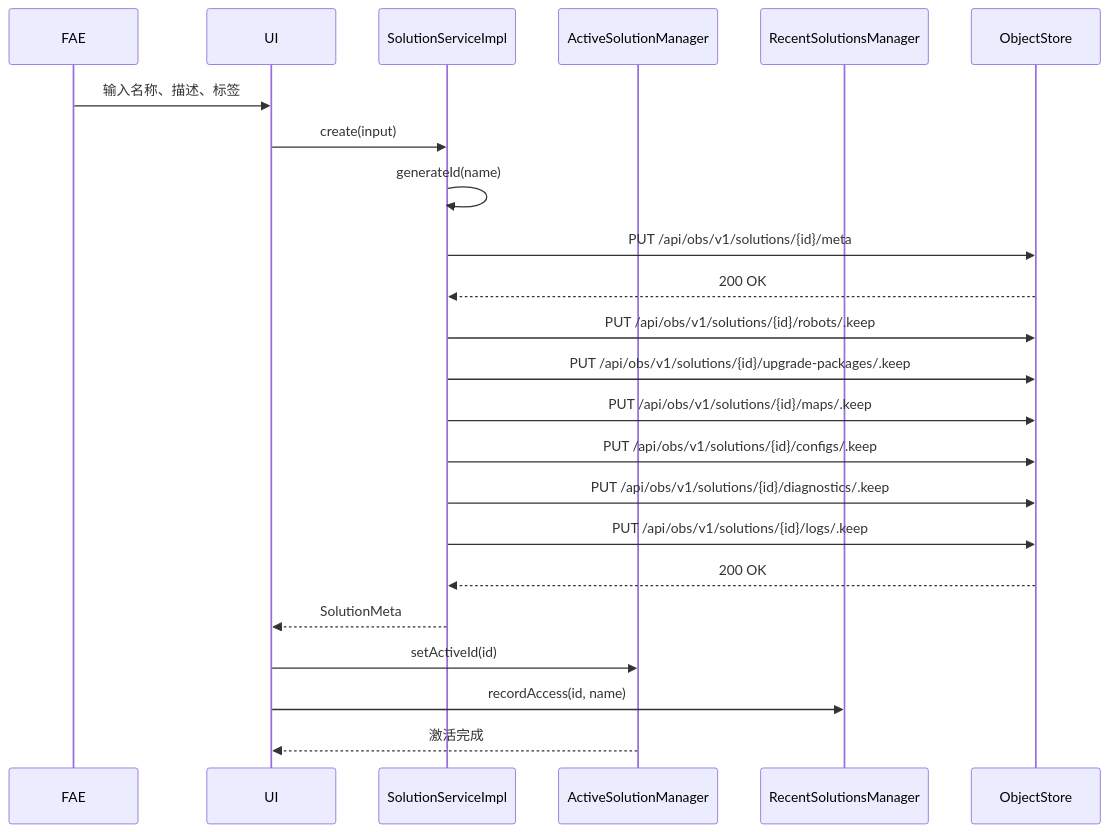
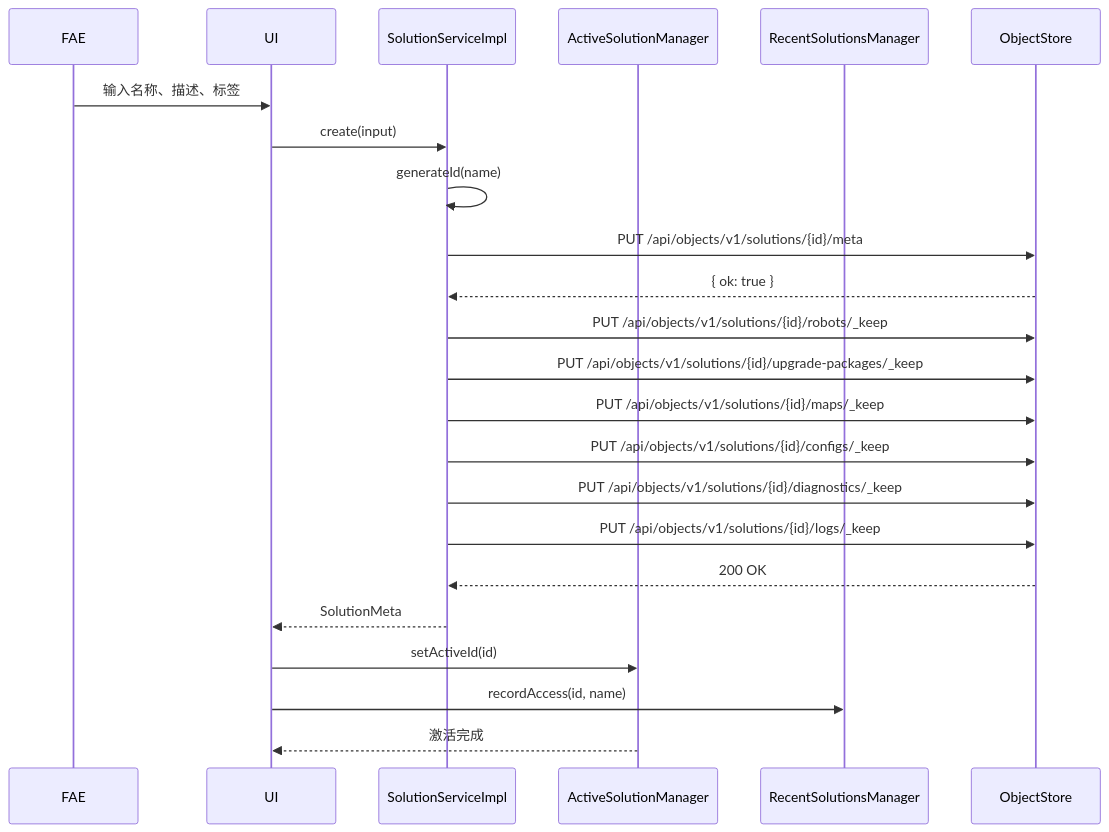
The first of 11 diagrams in documents/design/solution_management_design.md (etrita005/syrius-robotops), drawn with Mermaid before and after one commit. The commit also changed other lines of this file and 42 other files, not shown here.

````diff
--- a/documents/design/solution_management_design.md
+++ b/documents/design/solution_management_design.md
@@ -390,26 +380,26 @@
 ```mermaid
 sequenceDiagram
     participant FAE
     participant UI
     participant SSI as SolutionServiceImpl
     participant ASM as ActiveSolutionManager
     participant RSM as RecentSolutionsManager
     participant OS as ObjectStore
 
     FAE->>UI: 输入名称、描述、标签
     UI->>SSI: create(input)
     SSI->>SSI: generateId(name)
-    SSI->>OS: PUT /api/obs/v1/solutions/{id}/meta
-    OS-->>SSI: 200 OK
-    SSI->>OS: PUT /api/obs/v1/solutions/{id}/robots/.keep
-    SSI->>OS: PUT /api/obs/v1/solutions/{id}/upgrade-packages/.keep
-    SSI->>OS: PUT /api/obs/v1/solutions/{id}/maps/.keep
-    SSI->>OS: PUT /api/obs/v1/solutions/{id}/configs/.keep
-    SSI->>OS: PUT /api/obs/v1/solutions/{id}/diagnostics/.keep
-    SSI->>OS: PUT /api/obs/v1/solutions/{id}/logs/.keep
+    SSI->>OS: PUT /api/objects/v1/solutions/{id}/meta
+    OS-->>SSI: { ok: true }
+    SSI->>OS: PUT /api/objects/v1/solutions/{id}/robots/_keep
+    SSI->>OS: PUT /api/objects/v1/solutions/{id}/upgrade-packages/_keep
+    SSI->>OS: PUT /api/objects/v1/solutions/{id}/maps/_keep
+    SSI->>OS: PUT /api/objects/v1/solutions/{id}/configs/_keep
+    SSI->>OS: PUT /api/objects/v1/solutions/{id}/diagnostics/_keep
+    SSI->>OS: PUT /api/objects/v1/solutions/{id}/logs/_keep
     OS-->>SSI: 200 OK
     SSI-->>UI: SolutionMeta
     UI->>ASM: setActiveId(id)
     UI->>RSM: recordAccess(id, name)
     ASM-->>UI: 激活完成
 ```
````
